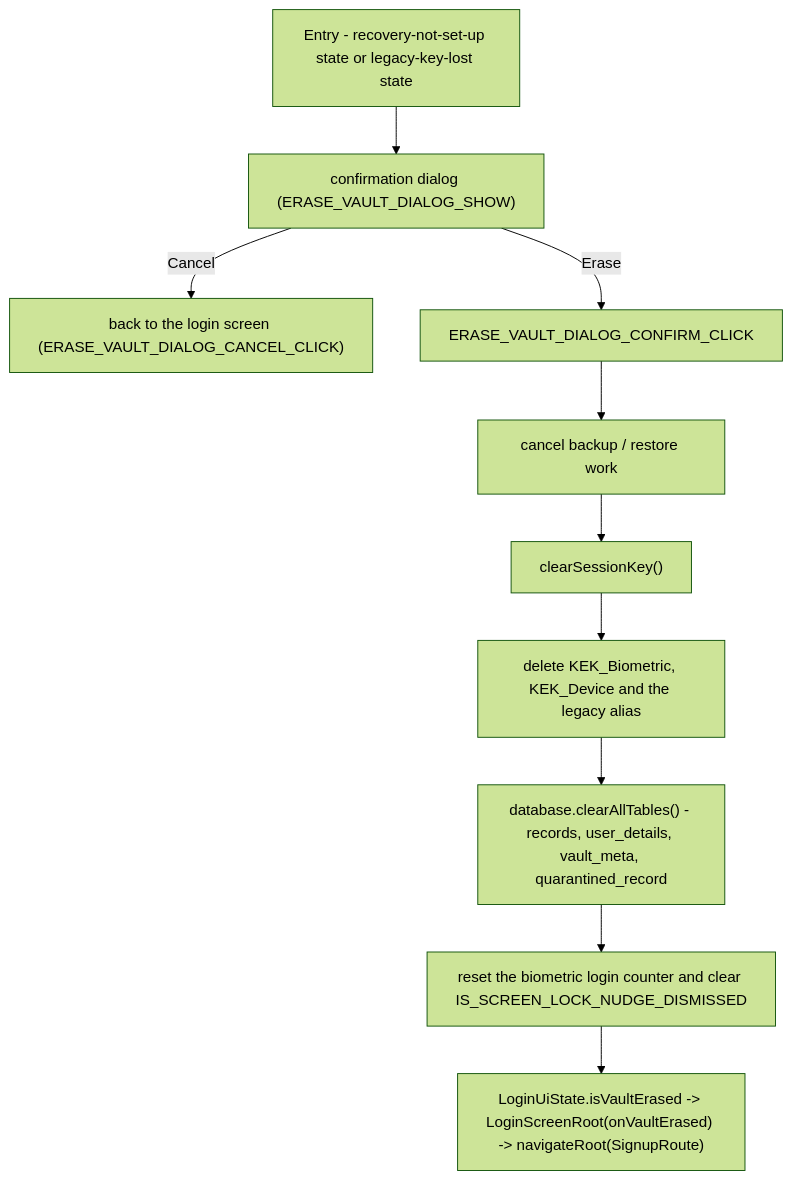
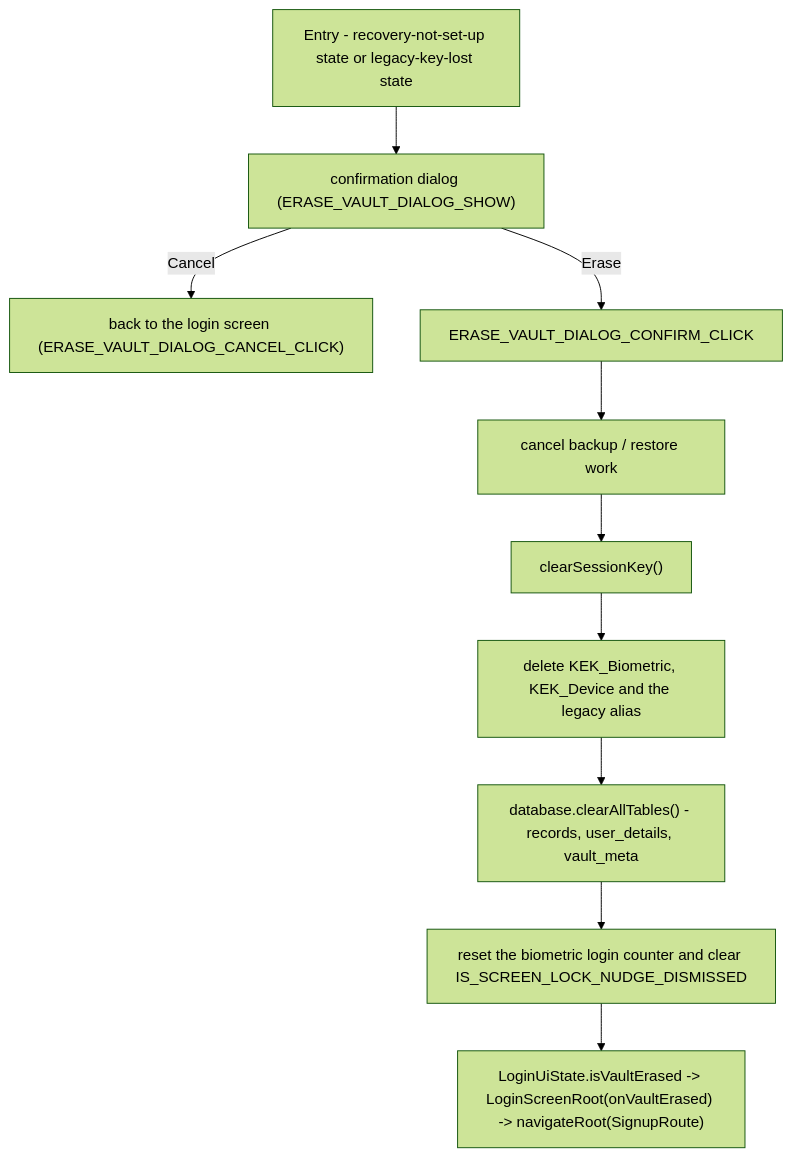
One commit to Ni3verma/Safe-Box changed diagram 16 of 23 in docs/design/envelope-encryption.md. Above: the diagram before and after it, drawn with Mermaid (forest theme). The commit also changed other lines of this file and 7 other files, not shown here.

````diff
--- a/docs/design/envelope-encryption.md
+++ b/docs/design/envelope-encryption.md
@@ -879,12 +870,12 @@
 ```mermaid
 flowchart TB
     E["Entry - recovery-not-set-up state or legacy-key-lost state"] --> D["confirmation dialog (ERASE_VAULT_DIALOG_SHOW)"]
     D -->|"Cancel"| C["back to the login screen (ERASE_VAULT_DIALOG_CANCEL_CLICK)"]
     D -->|"Erase"| S0["ERASE_VAULT_DIALOG_CONFIRM_CLICK"]
     S0 --> S1["cancel backup / restore work"]
     S1 --> S2["clearSessionKey()"]
     S2 --> S3["delete KEK_Biometric, KEK_Device and the legacy alias"]
-    S3 --> S4["database.clearAllTables() - records, user_details, vault_meta, quarantined_record"]
+    S3 --> S4["database.clearAllTables() - records, user_details, vault_meta"]
     S4 --> S5["reset the biometric login counter and clear IS_SCREEN_LOCK_NUDGE_DISMISSED"]
     S5 --> S6["LoginUiState.isVaultErased -> LoginScreenRoot(onVaultErased) -> navigateRoot(SignupRoute)"]
 ```
````
